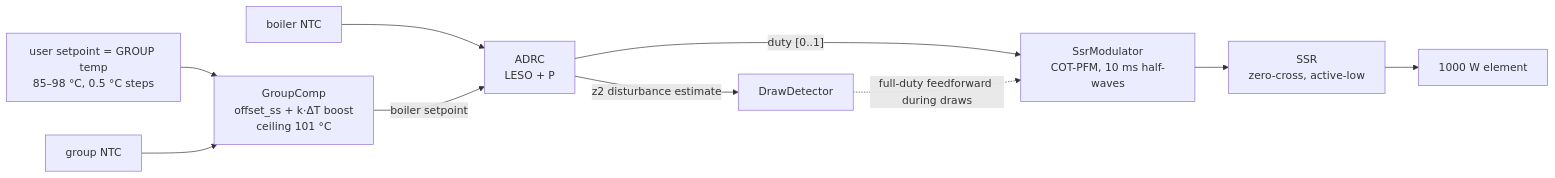
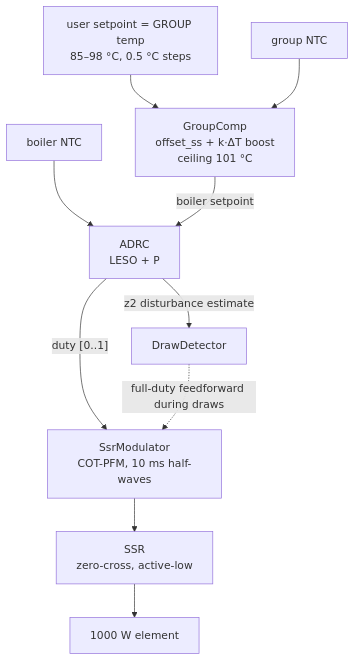
One commit to universam1/anita-adrc changed the diagram in README.md. Above: the diagram before and after it, drawn with Mermaid. The commit also changed 1 other file, not shown here.

Commit message:
docs: vertical (TB) orientation for Mermaid diagrams
Claude-Session: https://claude.ai/code/session_01YAPmWrMDWhL4ZWzt2p6SNd

````diff
--- a/README.md
+++ b/README.md
@@ -12,11 +12,11 @@
 ```mermaid
-flowchart LR
+flowchart TB
     SP["user setpoint = GROUP temp<br/>85–98 °C, 0.5 °C steps"] --> GC
     NTCG["group NTC"] --> GC
     NTCB["boiler NTC"] --> ADRC
     GC["GroupComp<br/>offset_ss + k·ΔT boost<br/>ceiling 101 °C"] -->|boiler setpoint| ADRC["ADRC<br/>LESO + P"]
     ADRC -->|"duty [0..1]"| MOD["SsrModulator<br/>COT-PFM, 10 ms half-waves"]
-    MOD --> SSR["SSR<br/>zero-cross, active-low"] --> EL["1000 W element"]
     ADRC -->|z2 disturbance estimate| DD["DrawDetector"]
     DD -.->|full-duty feedforward during draws| MOD
+    MOD --> SSR["SSR<br/>zero-cross, active-low"] --> EL["1000 W element"]
 ```
````
